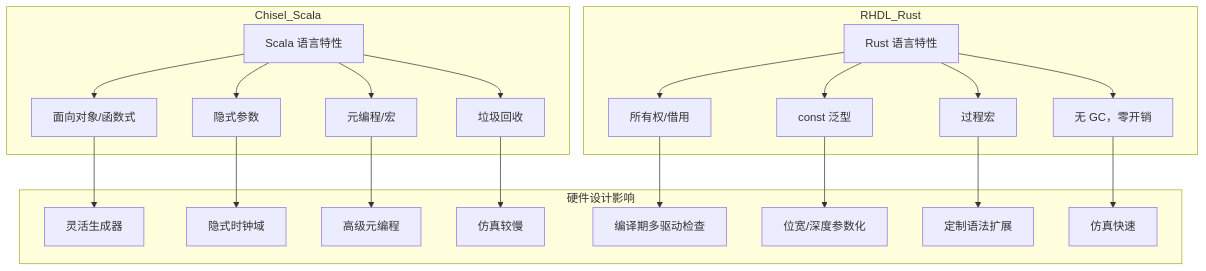
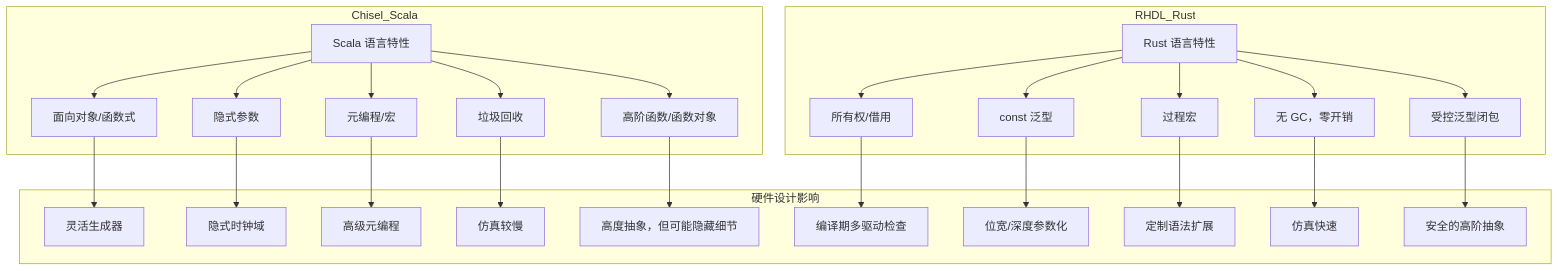
Before and after one commit to TangCan/bitloom: the fifth of 9 diagrams in docs/requirements/16. 与其他 HDL 对比.md, drawn with Mermaid. The commit also changed other lines of this file and 17 other files, not shown here.

````diff
--- a/docs/requirements/16. 与其他 HDL 对比.md
+++ b/docs/requirements/16. 与其他 HDL 对比.md
@@ -117,28 +154,31 @@
 ```mermaid
 flowchart TB
     subgraph Chisel_Scala
         A[Scala 语言特性]
         A --> B[面向对象/函数式]
         A --> C[隐式参数]
         A --> D[元编程/宏]
         A --> E[垃圾回收]
+        A --> F[高阶函数/函数对象]
     end
     subgraph RHDL_Rust
-        F[Rust 语言特性]
-        F --> G[所有权/借用]
-        F --> H[const 泛型]
-        F --> I[过程宏]
-        F --> J[无 GC，零开销]
+        G[Rust 语言特性]
+        G --> H[所有权/借用]
+        G --> I[const 泛型]
+        G --> J[过程宏]
+        G --> K[无 GC，零开销]
+        G --> L[受控泛型闭包]
     end
     subgraph 硬件设计影响
-        B --> K[灵活生成器]
-        C --> L[隐式时钟域]
-        D --> M[高级元编程]
-        E --> N[仿真较慢]
-        G --> O[编译期多驱动检查]
-        H --> P[位宽/深度参数化]
-        I --> Q[定制语法扩展]
-        J --> R[仿真快速]
+        B --> M[灵活生成器]
+        C --> N[隐式时钟域]
+        D --> O[高级元编程]
+        E --> P[仿真较慢]
+        F --> Q[高度抽象，但可能隐藏细节]
+        H --> R[编译期多驱动检查]
+        I --> S[位宽/深度参数化]
+        J --> T[定制语法扩展]
+        K --> U[仿真快速]
+        L --> V[安全的高阶抽象]
     end
-
 ```
````
